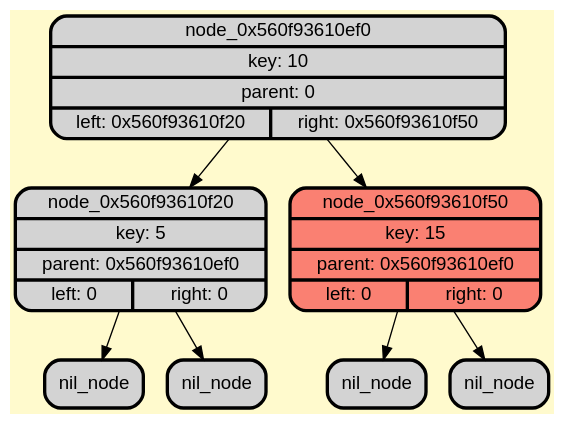
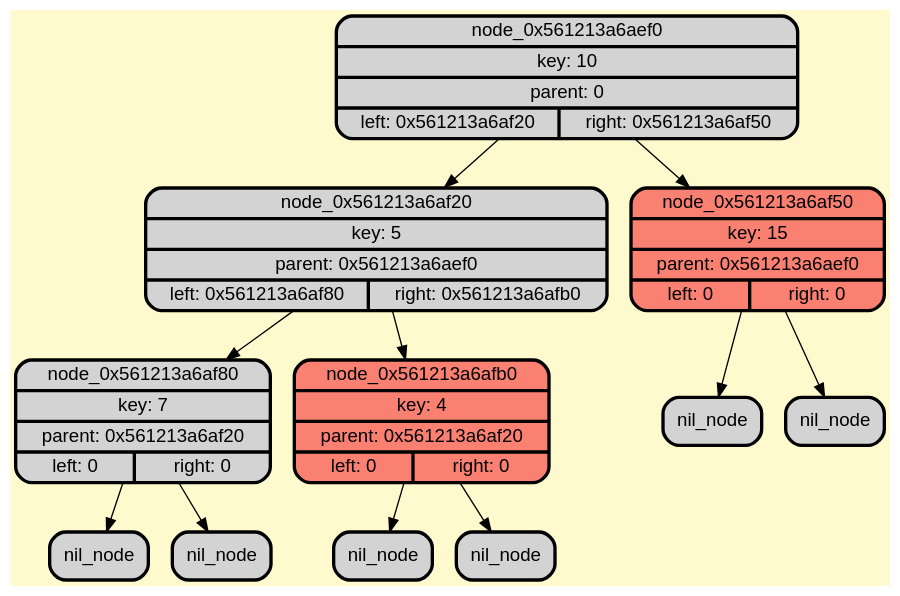
The diagram in dump/graph_dump.gv (RTCupid/Range_queries), drawn with Graphviz before and after one commit. The commit also changed 2 other files, not shown here.

Commit message:
[node] replace struct node to class node

```diff
--- a/dump/graph_dump.gv
+++ b/dump/graph_dump.gv
@@ -1,20 +1,28 @@
 digraph G {
     rankdir=TB;
     node [style=filled, fontname="Helvetica", fontcolor=darkblue, fillcolor=peachpuff, color="#252A34", penwidth=2.5];
     bgcolor="lemonchiffon";
 
-node_0x560f93610ef0[shape=Mrecord; style=filled; fillcolor=lightgray; color="#000000"; fontcolor="#000000"; label="{ node_0x560f93610ef0 | key: 10 | parent: 0| { left: 0x560f93610f20 | right: 0x560f93610f50 } }"];
-node_0x560f93610f20[shape=Mrecord; style=filled; fillcolor=lightgray; color="#000000"; fontcolor="#000000"; label="{ node_0x560f93610f20 | key: 5 | parent: 0x560f93610ef0| { left: 0 | right: 0 } }"];
-node_0x560f93610f50[shape=Mrecord; style=filled; fillcolor=salmon; color="#000000"; fontcolor="#000000"; label="{ node_0x560f93610f50 | key: 15 | parent: 0x560f93610ef0| { left: 0 | right: 0 } }"];
+node_0x561213a6aef0[shape=Mrecord; style=filled; fillcolor=lightgray; color="#000000"; fontcolor="#000000"; label="{ node_0x561213a6aef0 | key: 10 | parent: 0| { left: 0x561213a6af20 | right: 0x561213a6af50 } }"];
+node_0x561213a6af20[shape=Mrecord; style=filled; fillcolor=lightgray; color="#000000"; fontcolor="#000000"; label="{ node_0x561213a6af20 | key: 5 | parent: 0x561213a6aef0| { left: 0x561213a6af80 | right: 0x561213a6afb0 } }"];
+node_0x561213a6af80[shape=Mrecord; style=filled; fillcolor=lightgray; color="#000000"; fontcolor="#000000"; label="{ node_0x561213a6af80 | key: 7 | parent: 0x561213a6af20| { left: 0 | right: 0 } }"];
+node_0x561213a6afb0[shape=Mrecord; style=filled; fillcolor=salmon; color="#000000"; fontcolor="#000000"; label="{ node_0x561213a6afb0 | key: 4 | parent: 0x561213a6af20| { left: 0 | right: 0 } }"];
+node_0x561213a6af50[shape=Mrecord; style=filled; fillcolor=salmon; color="#000000"; fontcolor="#000000"; label="{ node_0x561213a6af50 | key: 15 | parent: 0x561213a6aef0| { left: 0 | right: 0 } }"];
 
-    node_0x560f93610ef0 -> node_0x560f93610f20;
-    node_0x560f93610ef0 -> node_0x560f93610f50;
-    nil_0x560f93610f20_L [shape=Mrecord; style=filled; fillcolor=lightgray; color="#000000"; fontcolor="#000000"; label="nil_node"];
-    node_0x560f93610f20 -> nil_0x560f93610f20_L;
-    nil_0x560f93610f20_R [shape=Mrecord; style=filled; fillcolor=lightgray; color="#000000"; fontcolor="#000000"; label="nil_node"];
-    node_0x560f93610f20 -> nil_0x560f93610f20_R;
-    nil_0x560f93610f50_L [shape=Mrecord; style=filled; fillcolor=lightgray; color="#000000"; fontcolor="#000000"; label="nil_node"];
-    node_0x560f93610f50 -> nil_0x560f93610f50_L;
-    nil_0x560f93610f50_R [shape=Mrecord; style=filled; fillcolor=lightgray; color="#000000"; fontcolor="#000000"; label="nil_node"];
-    node_0x560f93610f50 -> nil_0x560f93610f50_R;
+    node_0x561213a6aef0 -> node_0x561213a6af20;
+    node_0x561213a6aef0 -> node_0x561213a6af50;
+    node_0x561213a6af20 -> node_0x561213a6af80;
+    node_0x561213a6af20 -> node_0x561213a6afb0;
+    nil_0x561213a6af80_L [shape=Mrecord; style=filled; fillcolor=lightgray; color="#000000"; fontcolor="#000000"; label="nil_node"];
+    node_0x561213a6af80 -> nil_0x561213a6af80_L;
+    nil_0x561213a6af80_R [shape=Mrecord; style=filled; fillcolor=lightgray; color="#000000"; fontcolor="#000000"; label="nil_node"];
+    node_0x561213a6af80 -> nil_0x561213a6af80_R;
+    nil_0x561213a6afb0_L [shape=Mrecord; style=filled; fillcolor=lightgray; color="#000000"; fontcolor="#000000"; label="nil_node"];
+    node_0x561213a6afb0 -> nil_0x561213a6afb0_L;
+    nil_0x561213a6afb0_R [shape=Mrecord; style=filled; fillcolor=lightgray; color="#000000"; fontcolor="#000000"; label="nil_node"];
+    node_0x561213a6afb0 -> nil_0x561213a6afb0_R;
+    nil_0x561213a6af50_L [shape=Mrecord; style=filled; fillcolor=lightgray; color="#000000"; fontcolor="#000000"; label="nil_node"];
+    node_0x561213a6af50 -> nil_0x561213a6af50_L;
+    nil_0x561213a6af50_R [shape=Mrecord; style=filled; fillcolor=lightgray; color="#000000"; fontcolor="#000000"; label="nil_node"];
+    node_0x561213a6af50 -> nil_0x561213a6af50_R;
 }
```
